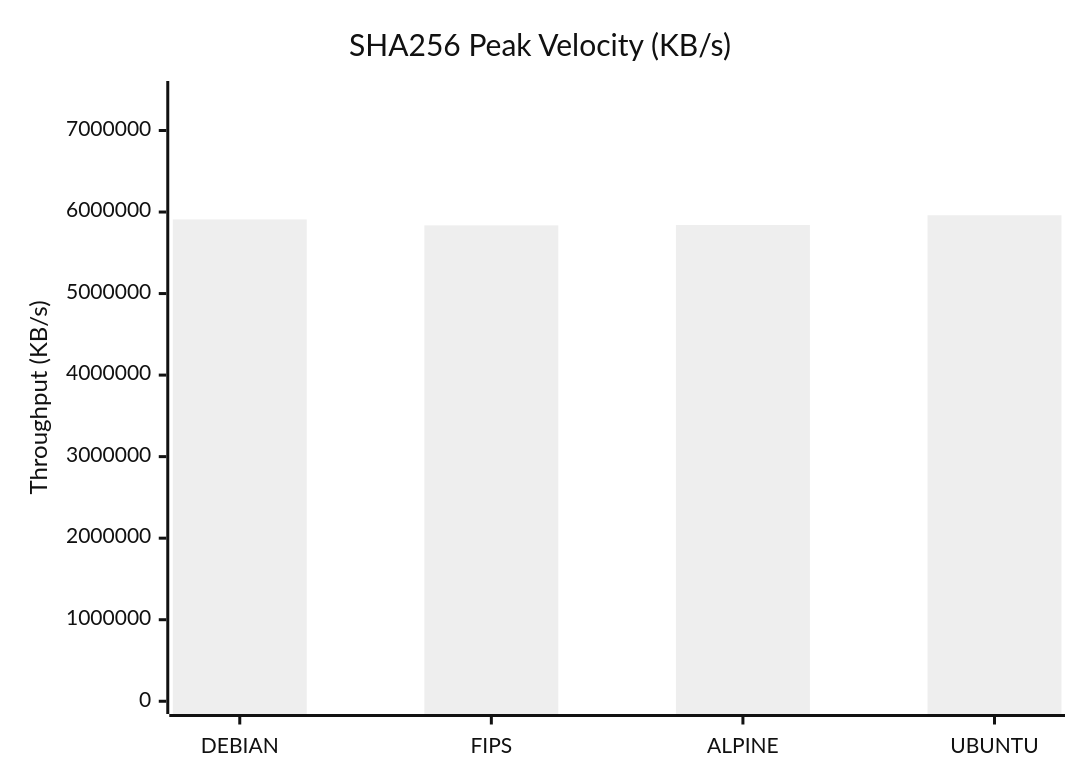
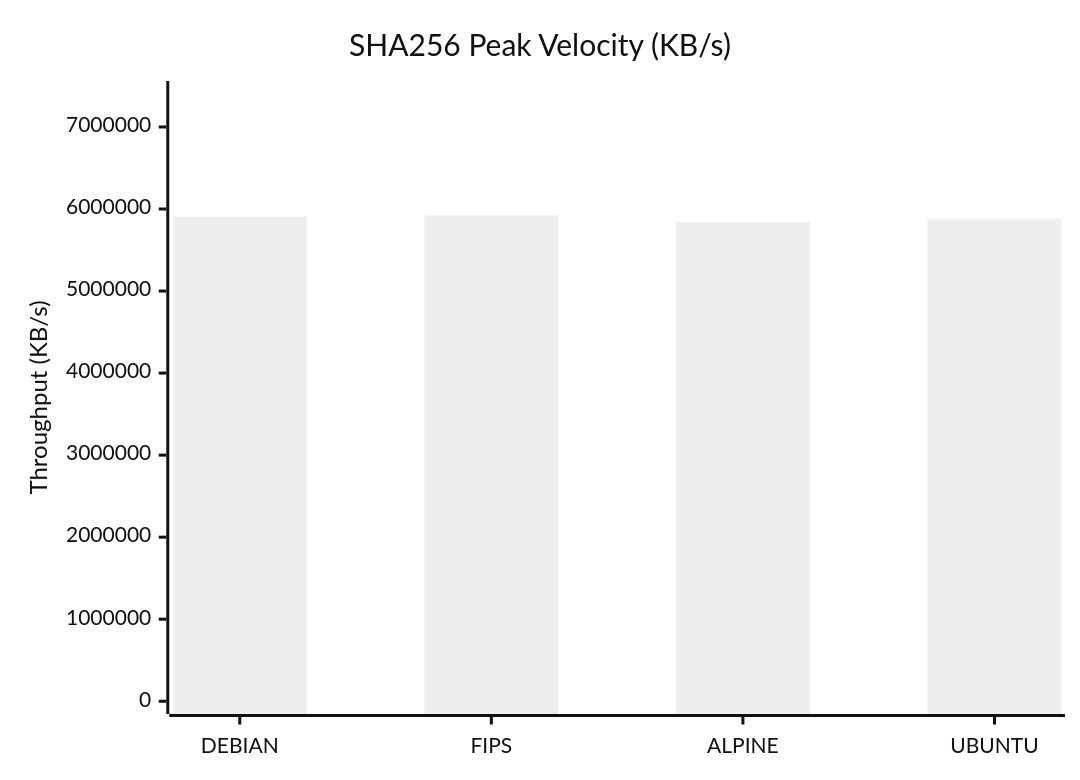
One commit to taha2samy/openssl_fips changed the second of 9 diagrams in docs/Comparison_Report.md. Above: the diagram before and after it, drawn with Mermaid (neutral theme). The commit also changed other lines of this file and 2 other files, not shown here.

````diff
--- a/docs/Comparison_Report.md
+++ b/docs/Comparison_Report.md
@@ -65,7 +65,7 @@
 ```mermaid
 xychart-beta
     title "SHA256 Peak Velocity (KB/s)"
     x-axis [DEBIAN, FIPS, ALPINE, UBUNTU]
-    y-axis "Throughput (KB/s)" 0 --> 7450521
-    bar [5909184.51, 5836185.6, 5841321.98, 5960417.28]
+    y-axis "Throughput (KB/s)" 0 --> 7404851
+    bar [5907423.23, 5923880.96, 5842378.75, 5881004.03]
 ```
````
